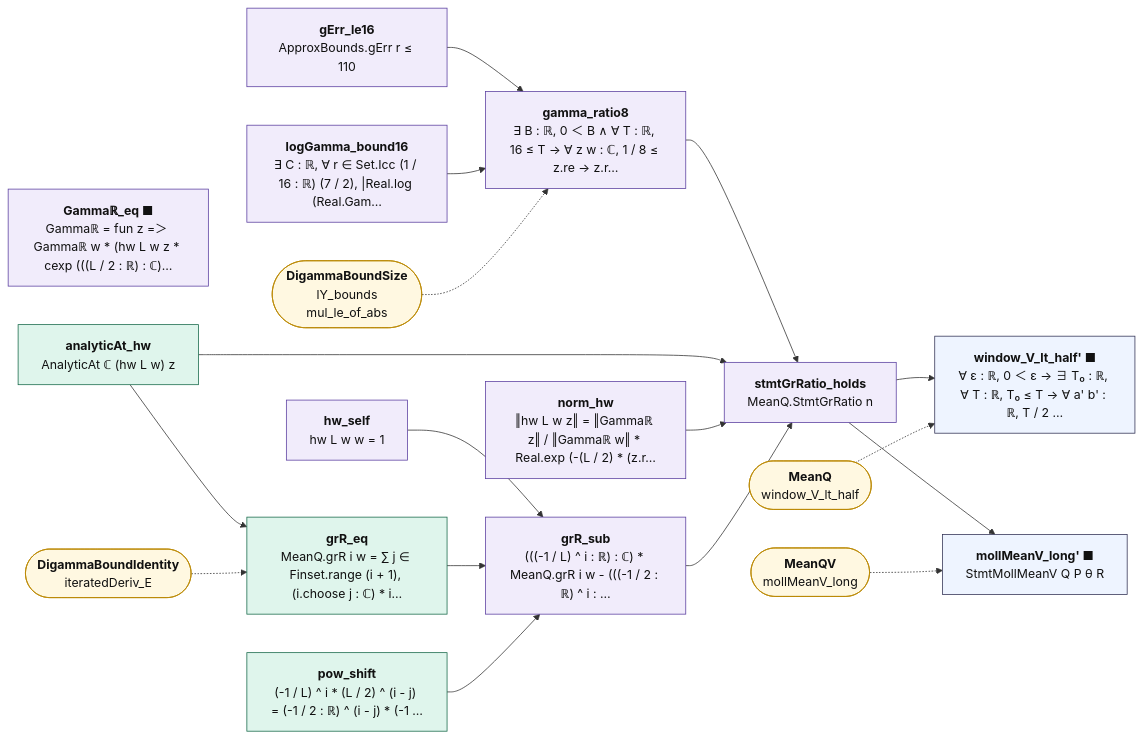
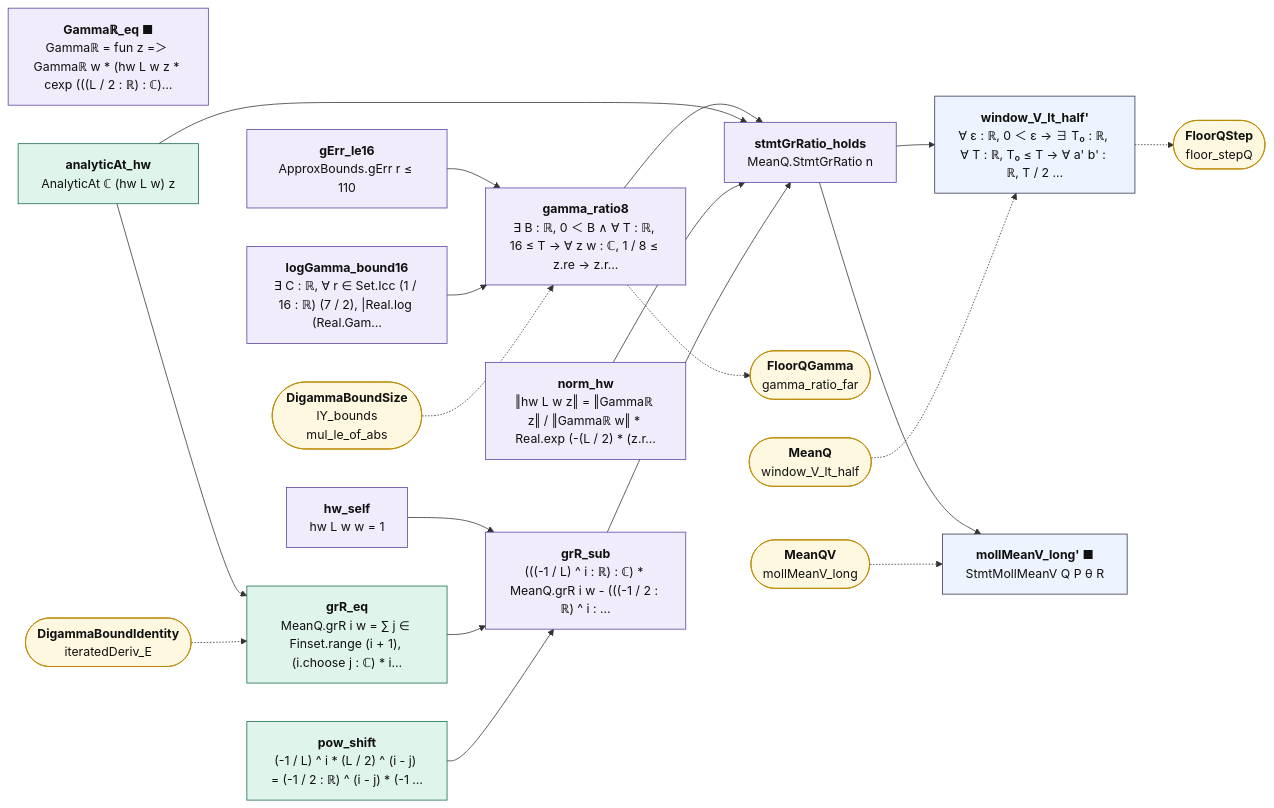
The diagram in map/lean_stage3/GrRatio.md (juliansambranojr/Primebeat_081426), drawn with Mermaid before and after one commit. The commit also changed other lines of this file and 70 other files, not shown here.

````diff
--- a/map/lean_stage3/GrRatio.md
+++ b/map/lean_stage3/GrRatio.md
@@ -14,44 +14,48 @@
 ```mermaid
 flowchart LR
   n0["<b>gErr_le16</b><br/>ApproxBounds.gErr r ≤ 110"]:::shp
   n1["<b>logGamma_bound16</b><br/>∃ C : ℝ, ∀ r ∈ Set.Icc (1 / 16 : ℝ) (7 / 2), |Real.log (Real.Gam…"]:::shp
   n2["<b>gamma_ratio8</b><br/>∃ B : ℝ, 0 ＜ B ∧ ∀ T : ℝ, 16 ≤ T → ∀ z w : ℂ, 1 / 8 ≤ z.re → z.r…"]:::shp
   n3["<b>Gammaℝ_eq ■</b><br/>Gammaℝ = fun z =＞ Gammaℝ w * (hw L w z * cexp (((L / 2 : ℝ) : ℂ)…"]:::shp
   n4["<b>analyticAt_hw</b><br/>AnalyticAt ℂ (hw L w) z"]:::cnt
   n5["<b>hw_self</b><br/>hw L w w = 1"]:::shp
   n6["<b>norm_hw</b><br/>‖hw L w z‖ = ‖Gammaℝ z‖ / ‖Gammaℝ w‖ * Real.exp (-(L / 2) * (z.r…"]:::shp
   n7["<b>grR_eq</b><br/>MeanQ.grR i w = ∑ j ∈ Finset.range (i + 1), (i.choose j : ℂ) * i…"]:::cnt
   n8["<b>pow_shift</b><br/>(-1 / L) ^ i * (L / 2) ^ (i - j) = (-1 / 2 : ℝ) ^ (i - j) * (-1 …"]:::cnt
   n9["<b>grR_sub</b><br/>(((-1 / L) ^ i : ℝ) : ℂ) * MeanQ.grR i w - (((-1 / 2 : ℝ) ^ i : …"]:::shp
   n10["<b>stmtGrRatio_holds</b><br/>MeanQ.StmtGrRatio n"]:::shp
-  n11["<b>window_V_lt_half' ■</b><br/>∀ ε : ℝ, 0 ＜ ε → ∃ T₀ : ℝ, ∀ T : ℝ, T₀ ≤ T → ∀ a' b' : ℝ, T / 2 …"]:::thm
+  n11["<b>window_V_lt_half'</b><br/>∀ ε : ℝ, 0 ＜ ε → ∃ T₀ : ℝ, ∀ T : ℝ, T₀ ≤ T → ∀ a' b' : ℝ, T / 2 …"]:::thm
   n12["<b>mollMeanV_long' ■</b><br/>StmtMollMeanV Q P θ R"]:::thm
   x0(["<b>DigammaBoundSize</b><br/>lY_bounds<br/>mul_le_of_abs"]):::ext
-  x1(["<b>DigammaBoundIdentity</b><br/>iteratedDeriv_E"]):::ext
-  x2(["<b>MeanQ</b><br/>window_V_lt_half"]):::ext
-  x3(["<b>MeanQV</b><br/>mollMeanV_long"]):::ext
+  x1(["<b>FloorQGamma</b><br/>gamma_ratio_far"]):::ext
+  x2(["<b>DigammaBoundIdentity</b><br/>iteratedDeriv_E"]):::ext
+  x3(["<b>MeanQ</b><br/>window_V_lt_half"]):::ext
+  x4(["<b>FloorQStep</b><br/>floor_stepQ"]):::ext
+  x5(["<b>MeanQV</b><br/>mollMeanV_long"]):::ext
   n0 --> n2
   n1 --> n2
   n10 --> n11
   n10 --> n12
   n2 --> n10
   n4 --> n10
   n4 --> n7
   n5 --> n9
   n6 --> n10
   n7 --> n9
   n8 --> n9
   n9 --> n10
+  n11 -.-> x4
+  n2 -.-> x1
   x0 -.-> n2
-  x1 -.-> n7
-  x2 -.-> n11
-  x3 -.-> n12
+  x2 -.-> n7
+  x3 -.-> n11
+  x5 -.-> n12
   classDef cnt fill:#dff5ec,stroke:#17694a,color:#111
   classDef shp fill:#f1ecfb,stroke:#5b3fa0,color:#111
   classDef rh fill:#ffe5e5,stroke:#c22,color:#111,stroke-width:2px
   classDef thm fill:#eef4ff,stroke:#335,color:#111
   classDef end_ fill:#e7f7e7,stroke:#2a7,color:#111,stroke-width:2px
   classDef lone fill:#fff,stroke:#999,color:#111,stroke-dasharray:4 3
   classDef bad fill:#ffe5e5,stroke:#c22,color:#111,stroke-width:2px
   classDef ext fill:#fff8e1,stroke:#b80,color:#111
 ```
````
